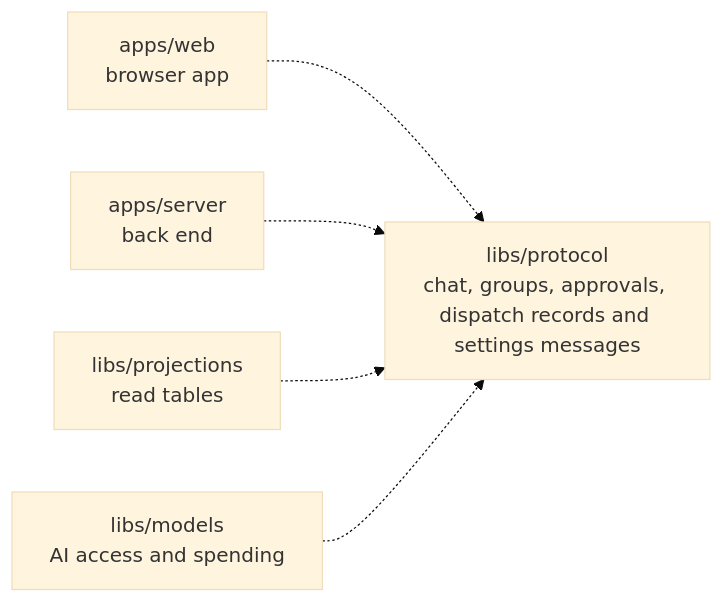
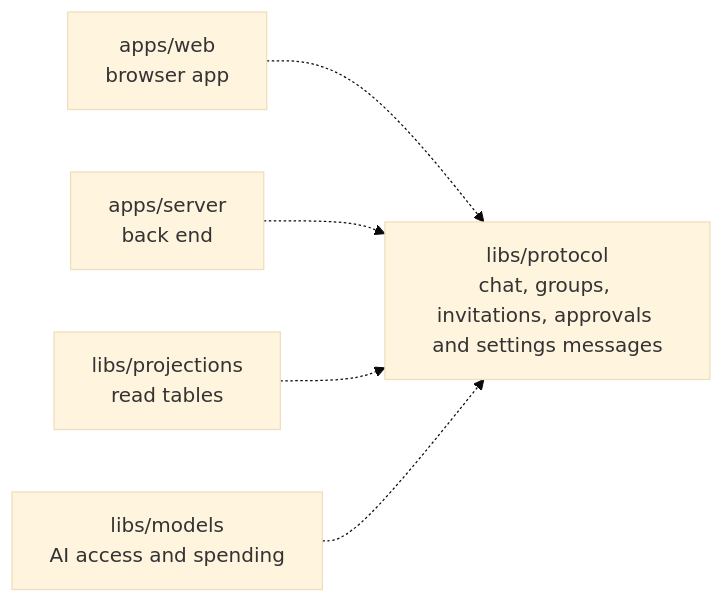
The diagram in libs/protocol/README.md (elewa-git/opencrane-new), drawn with Mermaid (base theme) before and after one commit. The commit also changed other lines of this file and 25 other files, not shown here.

````diff
--- a/libs/protocol/README.md
+++ b/libs/protocol/README.md
@@ -11,7 +11,7 @@
 ```mermaid
 flowchart LR
-  web["apps/web<br/>browser app"] -.-> protocol["libs/protocol<br/>chat, groups, approvals, dispatch records and settings messages"]
+  web["apps/web<br/>browser app"] -.-> protocol["libs/protocol<br/>chat, groups, invitations, approvals and settings messages"]
   server["apps/server<br/>back end"] -.-> protocol
   projections["libs/projections<br/>read tables"] -.-> protocol
   models["libs/models<br/>AI access and spending"] -.-> protocol
 ```
````
